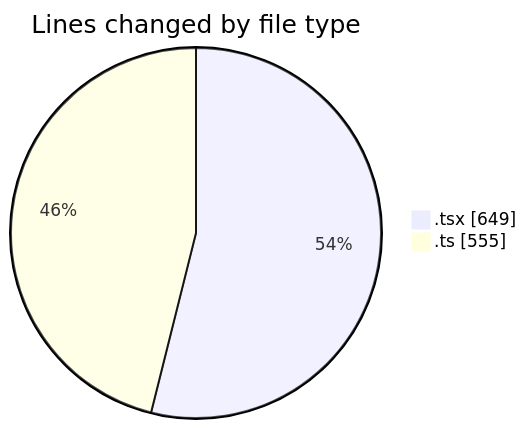
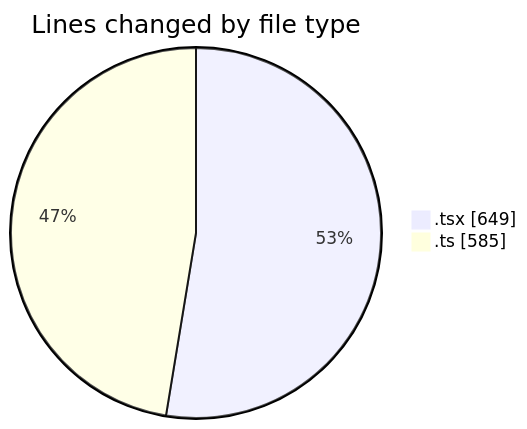
Before and after one commit to nxtqubesakshisongat/code-tracking: the first of 2 diagrams in 2026-04-17/airfeed-analytics-dashboard/README.md, drawn with Mermaid. The commit also changed other lines of this file and 1 other file, not shown here.

````diff
--- a/2026-04-17/airfeed-analytics-dashboard/README.md
+++ b/2026-04-17/airfeed-analytics-dashboard/README.md
@@ -25,6 +25,6 @@
 ```mermaid
 pie showData
 title Lines changed by file type
 ".tsx" : 649
-".ts" : 555
+".ts" : 585
 ```
````
